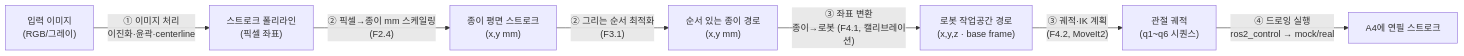
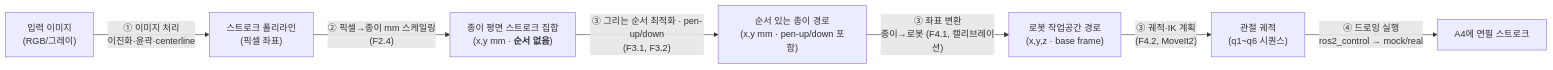
The second of 4 diagrams in docs/System Architecture.md (MarkCheon25/Nyang_Nyang_Atlier), drawn with Mermaid before and after one commit. The commit also changed other lines of this file and 9 other files, not shown here.

````diff
--- a/docs/System Architecture.md
+++ b/docs/System Architecture.md
@@ -95,16 +96,16 @@
 ```mermaid
 flowchart LR
     A["입력 이미지<br/>(RGB/그레이)"]
     B["스트로크 폴리라인<br/>(픽셀 좌표)"]
-    C["종이 평면 스트로크<br/>(x,y mm)"]
-    D["순서 있는 종이 경로<br/>(x,y mm)"]
+    C["종이 평면 스트로크 집합<br/>(x,y mm · <b>순서 없음</b>)"]
+    D["순서 있는 종이 경로<br/>(x,y mm · pen-up/down 포함)"]
     E["로봇 작업공간 경로<br/>(x,y,z · base frame)"]
     F["관절 궤적<br/>(q1~q6 시퀀스)"]
     G["A4에 연필 스트로크"]
     A -->|"① 이미지 처리<br/>이진화·윤곽·centerline"| B
     B -->|"② 픽셀→종이 mm 스케일링<br/>(F2.4)"| C
-    C -->|"② 그리는 순서 최적화<br/>(F3.1)"| D
+    C -->|"③ 그리는 순서 최적화 · pen-up/down<br/>(F3.1, F3.2)"| D
     D -->|"③ 좌표 변환<br/>종이→로봇 (F4.1, 캘리브레이션)"| E
     E -->|"③ 궤적·IK 계획<br/>(F4.2, MoveIt2)"| F
     F -->|"④ 드로잉 실행<br/>ros2_control → mock/real"| G
 ```
````
